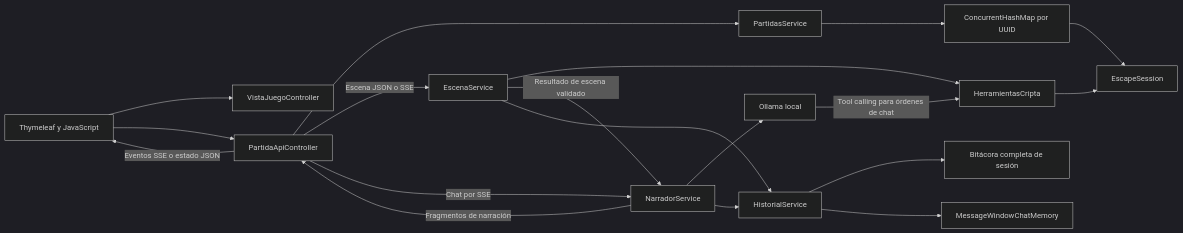
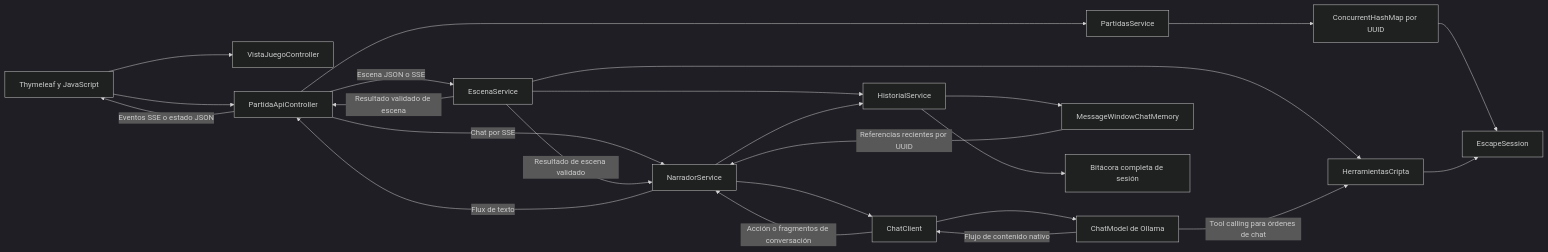
Before and after one commit to hiemnmdhip-it/escape-room-ia: the diagram in docs/03-ARQUITECTURA-Y-FLUJOS.md, drawn with Mermaid (dark theme). The commit also changed other lines of this file and 40 other files, not shown here.

````diff
--- a/docs/03-ARQUITECTURA-Y-FLUJOS.md
+++ b/docs/03-ARQUITECTURA-Y-FLUJOS.md
@@ -12,21 +14,26 @@
 ```mermaid
 flowchart LR
     U["Thymeleaf y JavaScript"] --> V["VistaJuegoController"]
     U --> C["PartidaApiController"]
     C --> P["PartidasService"]
     P --> M["ConcurrentHashMap por UUID"]
     M --> S["EscapeSession"]
     C -->|"Escena JSON o SSE"| E["EscenaService"]
+    E -->|"Resultado validado de escena"| C
     E --> T["HerramientasCripta"]
     C -->|"Chat por SSE"| N["NarradorService"]
     E -->|"Resultado de escena validado"| N
-    N --> L["Ollama local"]
+    N --> A["ChatClient"]
+    A --> L["ChatModel de Ollama"]
+    W -->|"Referencias recientes por UUID"| N
     L -->|"Tool calling para órdenes de chat"| T
     T --> S
-    N -->|"Fragmentos de narración"| C
+    L -->|"Flujo de contenido nativo"| A
+    A -->|"Acción o fragmentos de conversación"| N
+    N -->|"Flux de texto"| C
     C -->|"Eventos SSE o estado JSON"| U
     E --> H["HistorialService"]
     N --> H
     H --> B["Bitácora completa de sesión"]
     H --> W["MessageWindowChatMemory"]
 ```
````
